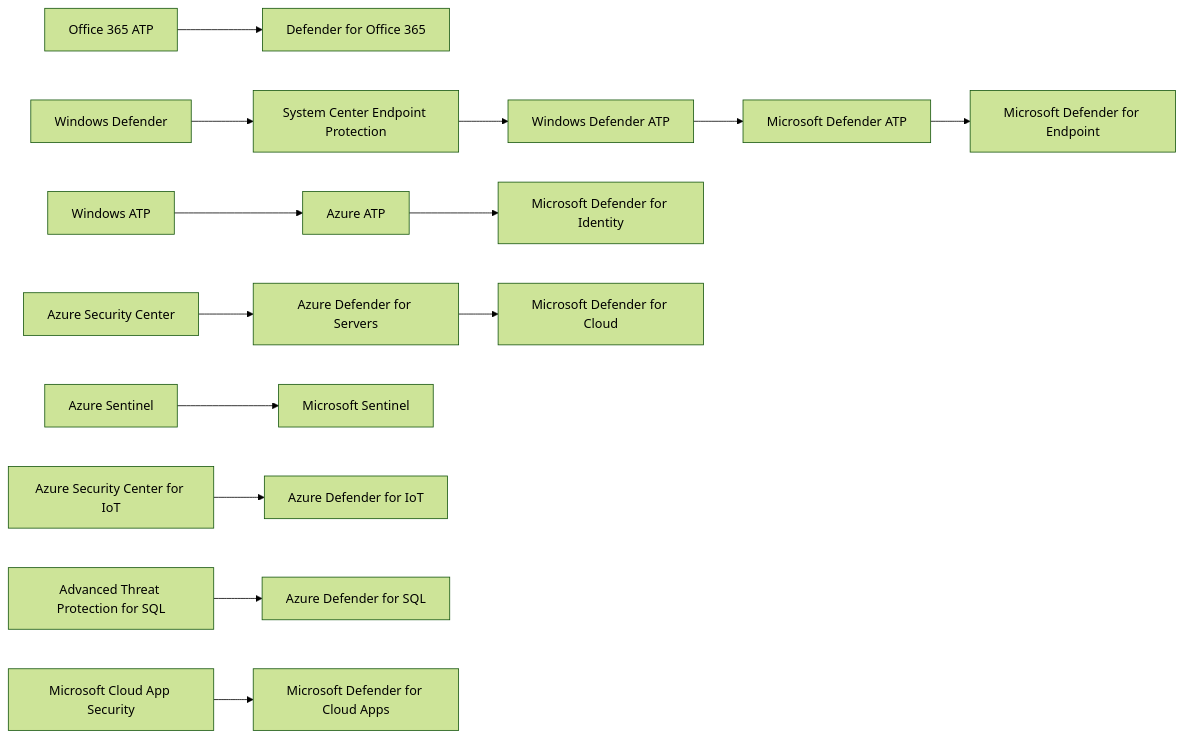
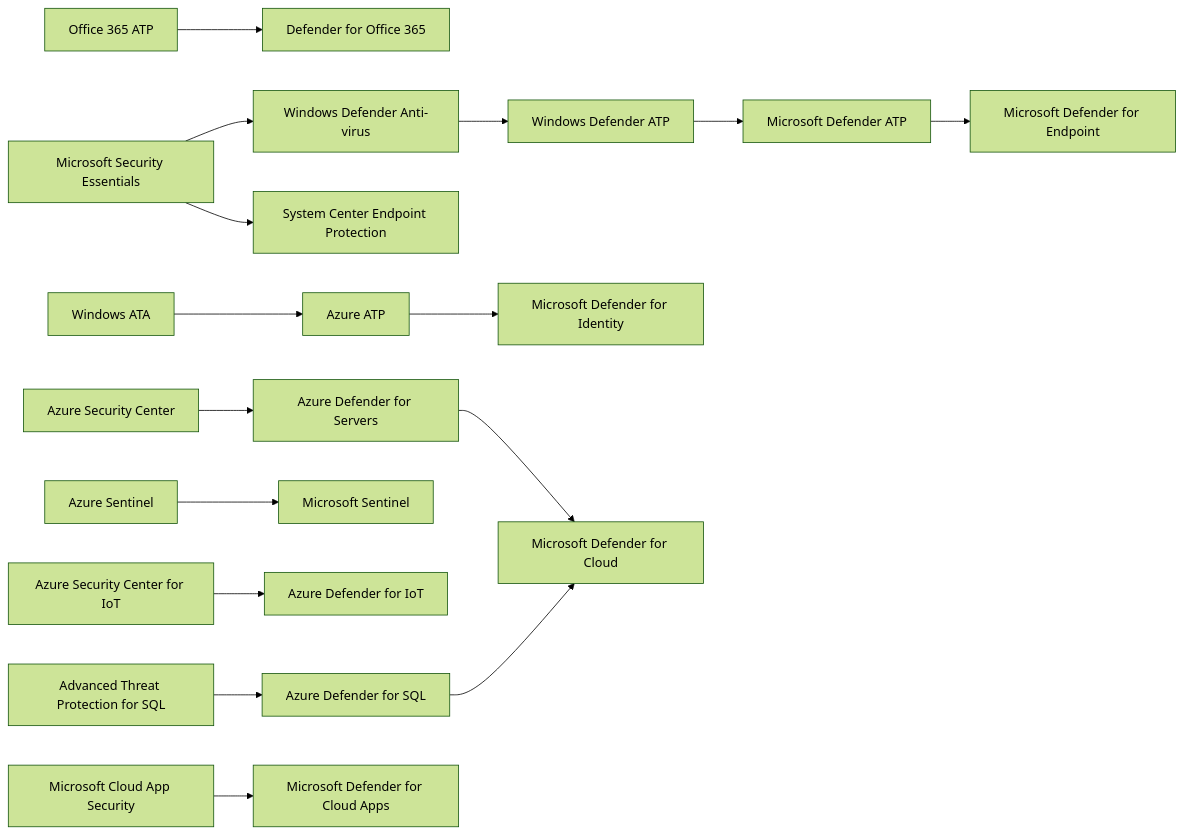
One commit to jlaundry/MicrosoftNaming changed the first of 2 diagrams in README.md. Above: the diagram before and after it, drawn with Mermaid (forest theme).

````diff
--- a/README.md
+++ b/README.md
@@ -6,16 +6,17 @@
 ```mermaid
 graph LR;
 
     O365ATP[Office 365 ATP] --> DfO365[Defender for Office 365];
-    WD[Windows Defender] --> SCEP[System Center Endpoint Protection] --> WDATP[Windows Defender ATP] --> MDATP[Microsoft Defender ATP] --> MDfE[Microsoft Defender for Endpoint];
-    WATP[Windows ATP] --> AATP[Azure ATP] --> MDfI[Microsoft Defender for Identity];
+    MSE[Microsoft Security Essentials] --> WDAV[Windows Defender Anti-virus] --> WDATP[Windows Defender ATP] --> MDATP[Microsoft Defender ATP] --> MDfE[Microsoft Defender for Endpoint];
+    MSE --> SCEP[System Center Endpoint Protection];
+    WATA[Windows ATA] --> AATP[Azure ATP] --> MDfI[Microsoft Defender for Identity];
     ASC[Azure Security Center] --> ADfS[Azure Defender for Servers] --> MDfC[Microsoft Defender for Cloud];
     ASentinel[Azure Sentinel] --> Sentinel[Microsoft Sentinel];
     
     ASCfIoT[Azure Security Center for IoT] --> ADfIoT[Azure Defender for IoT];
     
-    ATPfSQL[Advanced Threat Protection for SQL] --> ADfSQL[Azure Defender for SQL];
+    ATPfSQL[Advanced Threat Protection for SQL] --> ADfSQL[Azure Defender for SQL] --> MDfC;
     
     MCAS[Microsoft Cloud App Security] --> MDfCA[Microsoft Defender for Cloud Apps];
 
 ```
````
